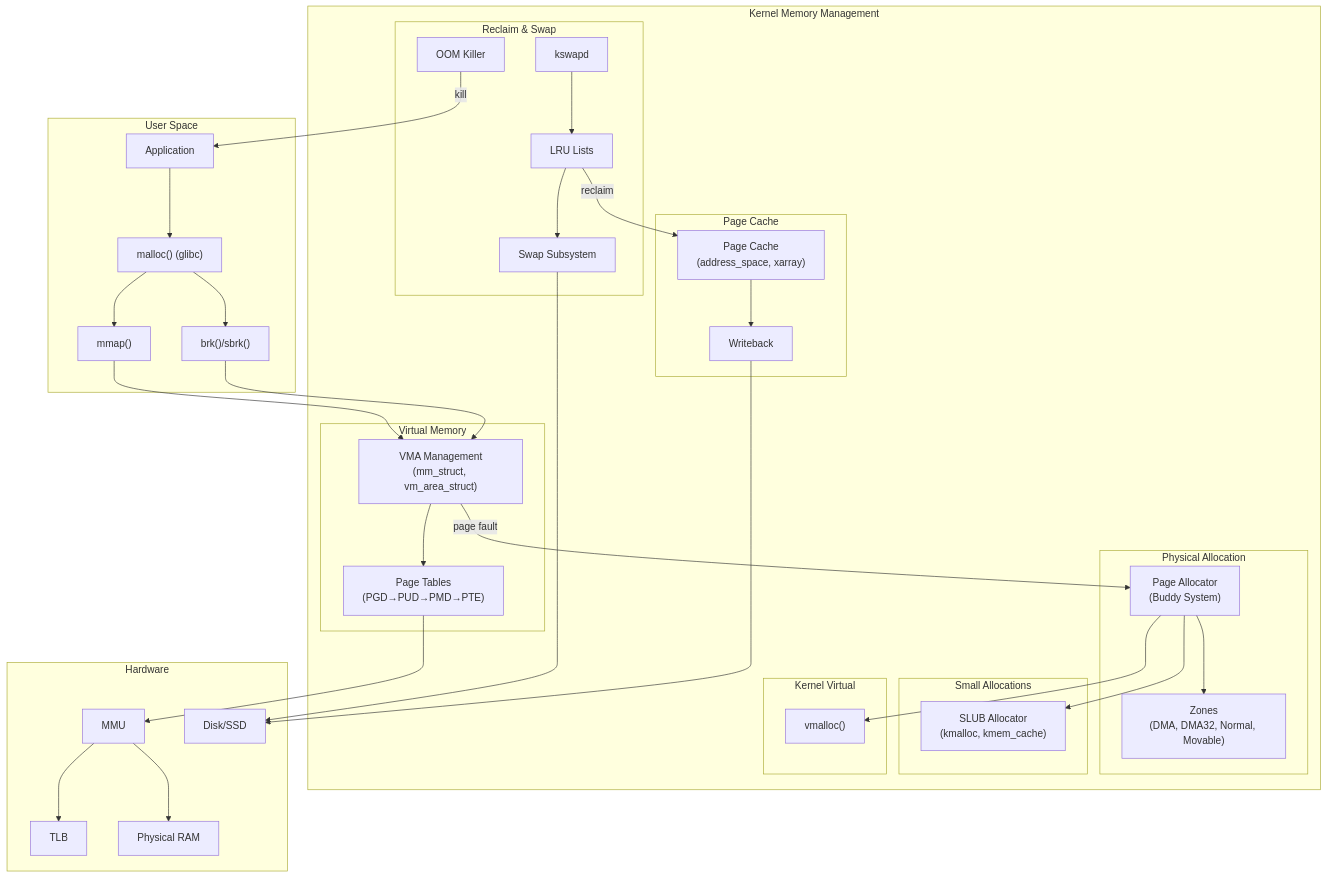
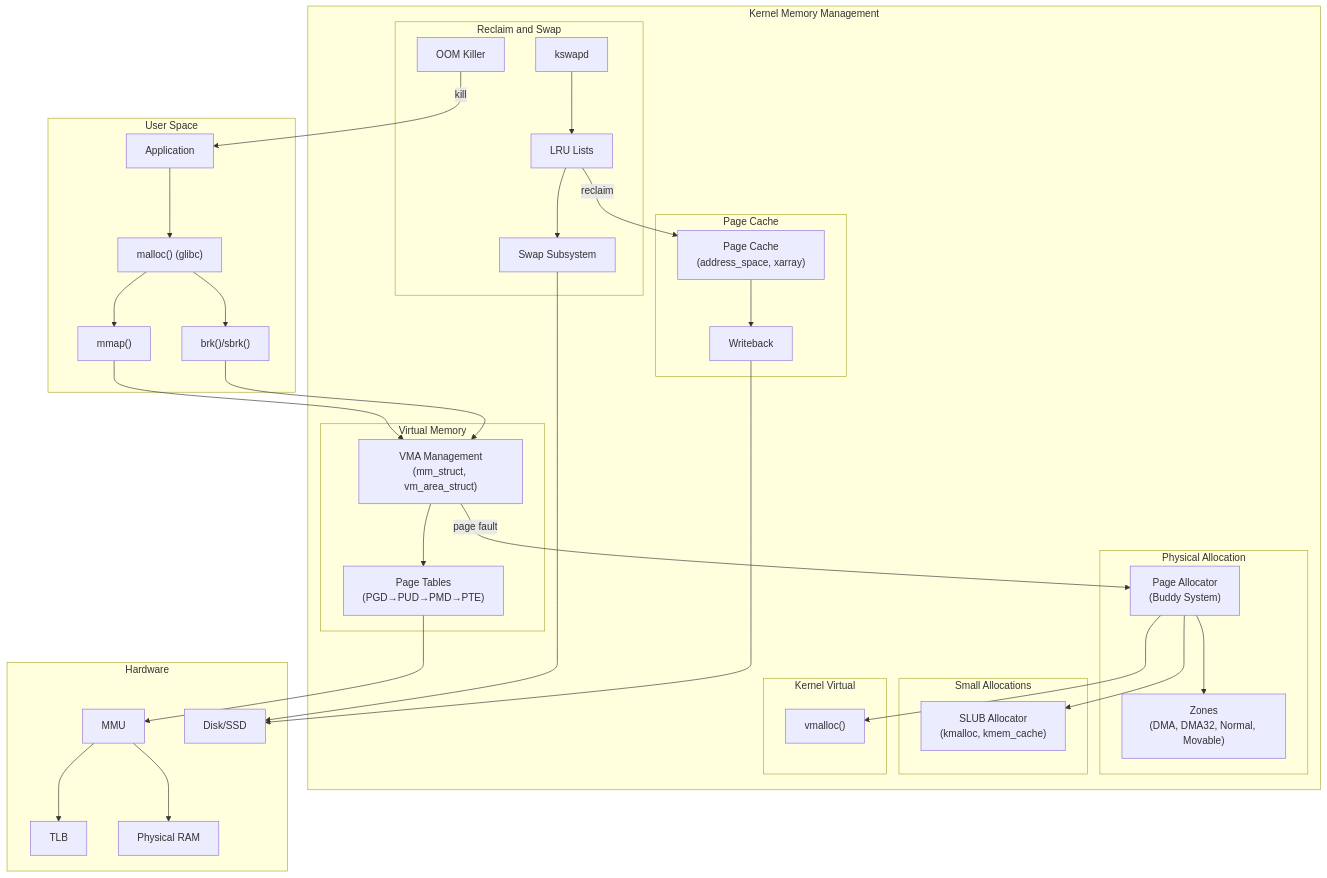
Before and after one commit to Abhinav-Kumar012/lb2: the second of 2 diagrams in src/kernel/memory/overview.md, drawn with Mermaid. The commit also changed 1 other file, not shown here.

Commit message:
fix: mermaid syntax - kernel/memory/overview, networking/sockmap (bare & in labels)

````diff
--- a/src/kernel/memory/overview.md
+++ b/src/kernel/memory/overview.md
@@ -433,62 +433,62 @@
 ```mermaid
 flowchart TB
     subgraph "User Space"
         APP["Application"]
         MMAP["mmap()"]
         BRK["brk()/sbrk()"]
         MALLOC["malloc() (glibc)"]
     end
     subgraph "Kernel Memory Management"
         subgraph "Virtual Memory"
             VMA["VMA Management<br>(mm_struct, vm_area_struct)"]
             PT["Page Tables<br>(PGD→PUD→PMD→PTE)"]
         end
         subgraph "Physical Allocation"
             PA["Page Allocator<br>(Buddy System)"]
             ZONE["Zones<br>(DMA, DMA32, Normal, Movable)"]
         end
         subgraph "Small Allocations"
             SLAB["SLUB Allocator<br>(kmalloc, kmem_cache)"]
         end
         subgraph "Kernel Virtual"
             VMALLOC["vmalloc()"]
         end
-        subgraph "Reclaim & Swap"
+        subgraph "Reclaim and Swap"
             KSWAPD["kswapd"]
             LRU["LRU Lists"]
             SWAP["Swap Subsystem"]
             OOM["OOM Killer"]
         end
         subgraph "Page Cache"
             PC["Page Cache<br>(address_space, xarray)"]
             WB["Writeback"]
         end
     end
     subgraph "Hardware"
         MMU["MMU"]
         TLB["TLB"]
         DRAM["Physical RAM"]
         DISK["Disk/SSD"]
     end
 
     APP --> MALLOC
     MALLOC --> BRK
     MALLOC --> MMAP
     MMAP --> VMA
     BRK --> VMA
     VMA --> PT
     PT --> MMU
     MMU --> TLB
     MMU --> DRAM
     VMA -->|"page fault"| PA
     PA --> ZONE
     PA --> SLAB
     PA --> VMALLOC
     KSWAPD --> LRU
     LRU --> SWAP
     LRU -->|"reclaim"| PC
     SWAP --> DISK
     OOM -->|"kill"| APP
     PC --> WB
     WB --> DISK
 ```
````
